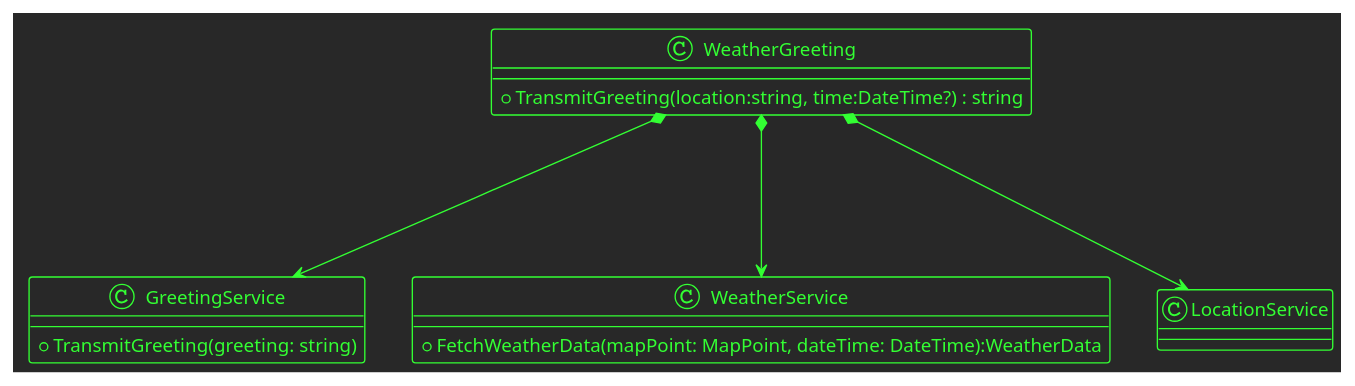
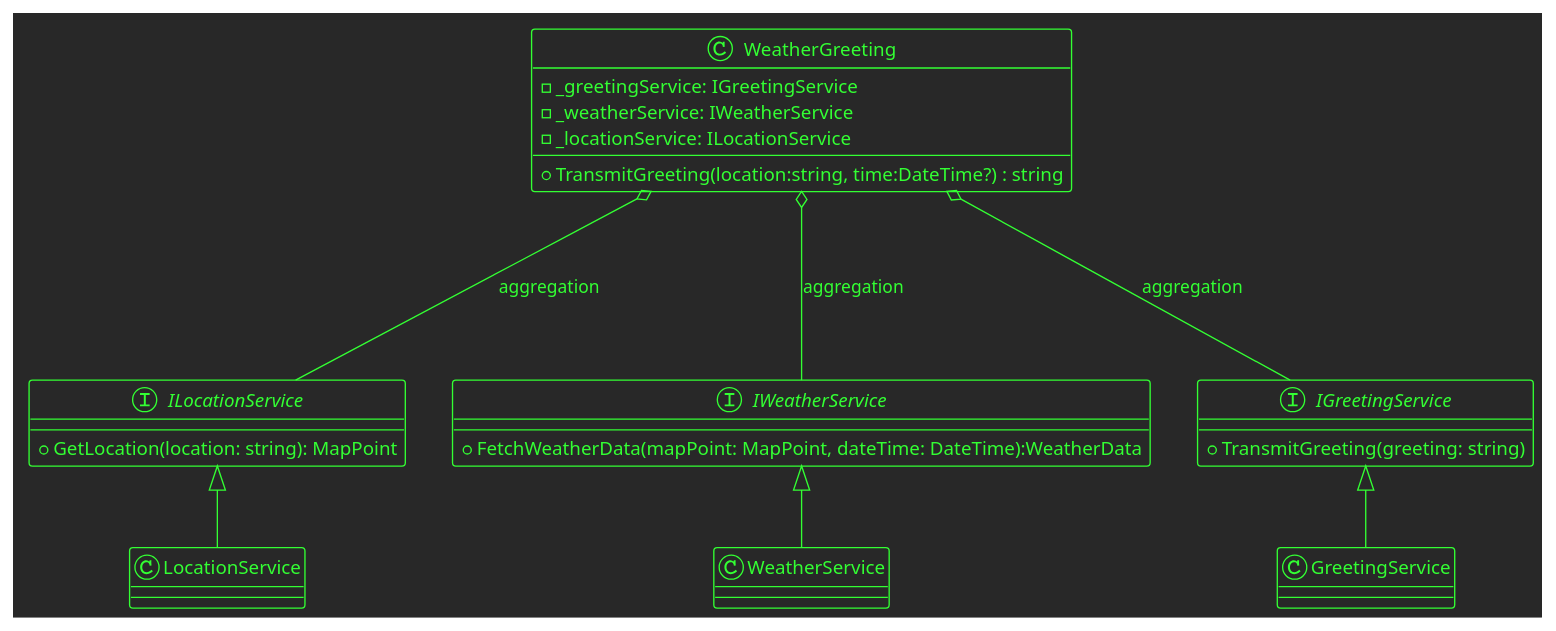
The diagram in WeatherGreeting/WeatherGreeting/WeatherGreeting.puml (d-german/weather-greeting), drawn with PlantUML before and after one commit.

Commit message:
made some changes

```diff
--- a/WeatherGreeting/WeatherGreeting/WeatherGreeting.puml
+++ b/WeatherGreeting/WeatherGreeting/WeatherGreeting.puml
@@ -1,18 +1,30 @@
 @startuml
 !theme crt-green
 
 class WeatherGreeting {
+    - _greetingService: IGreetingService
+    - _weatherService: IWeatherService
+    - _locationService: ILocationService
     + TransmitGreeting(location:string, time:DateTime?) : string
 }
 
-class GreetingService {
+interface IGreetingService {
 + TransmitGreeting(greeting: string)
 }
 
-class WeatherService {
+interface IWeatherService {
 + FetchWeatherData(mapPoint: MapPoint, dateTime: DateTime):WeatherData
 }
-WeatherGreeting *---> GreetingService
-WeatherGreeting *---> WeatherService
-WeatherGreeting *---> LocationService
+
+interface ILocationService {
++ GetLocation(location: string): MapPoint
+}
+
+WeatherGreeting o--- IGreetingService : aggregation
+WeatherGreeting o--- IWeatherService : aggregation
+WeatherGreeting o--- ILocationService : aggregation
+
+GreetingService --up|> IGreetingService
+WeatherService --up|> IWeatherService
+LocationService --up|> ILocationService
 @enduml
```
